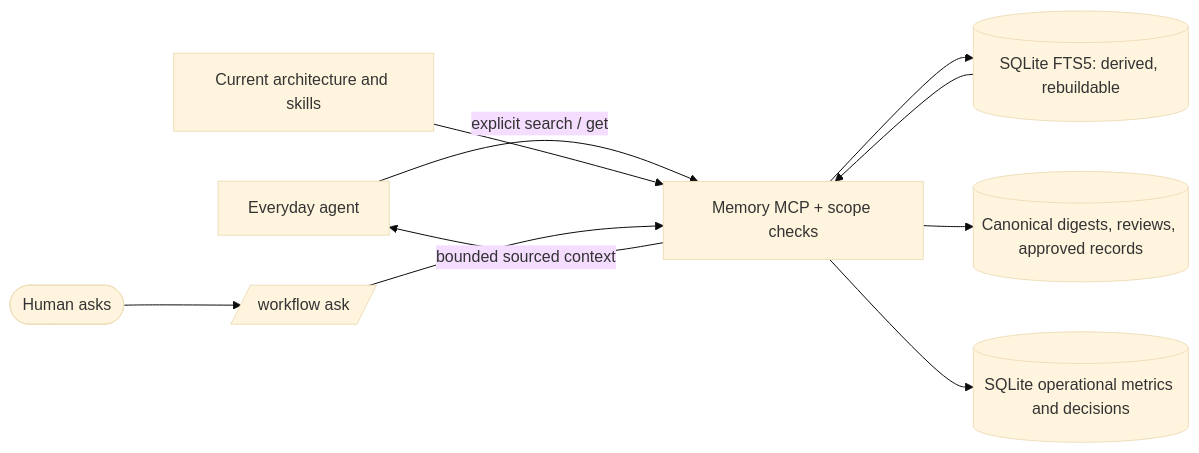
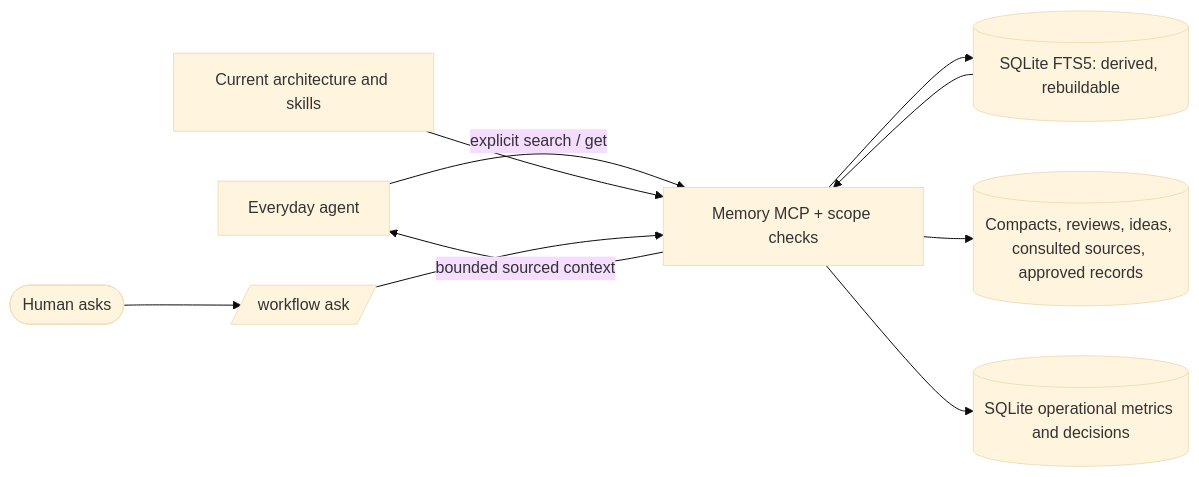
One commit to Jero110/pi-house changed the third of 5 diagrams in docs/architecture.md. Above: the diagram before and after it, drawn with Mermaid (base theme). The commit also changed other lines of this file and 5 other files, not shown here.

````diff
--- a/docs/architecture.md
+++ b/docs/architecture.md
@@ -46,10 +50,10 @@
 ```mermaid
 flowchart LR
   A[Everyday agent] -->|explicit search / get| M[Memory MCP + scope checks]
   M --> F[(SQLite FTS5: derived, rebuildable)] --> M
-  M --> D[(Canonical digests, reviews, approved records)]
+  M --> D[(Compacts, reviews, ideas, consulted sources, approved records)]
   M --> S[(SQLite operational metrics and decisions)]
   Q[Current architecture and skills] --> M
   M -->|bounded sourced context| A
   H([Human asks]) --> Ask[/workflow ask/] --> M
 ```
````
